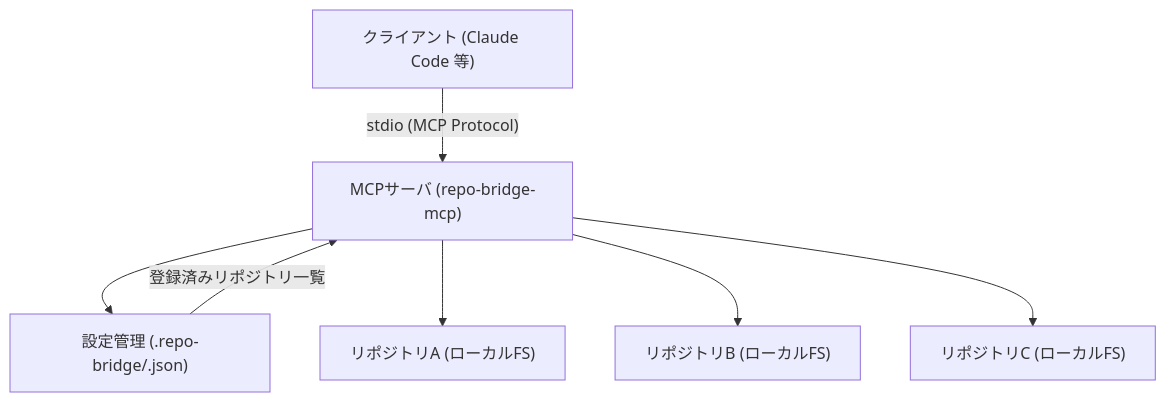
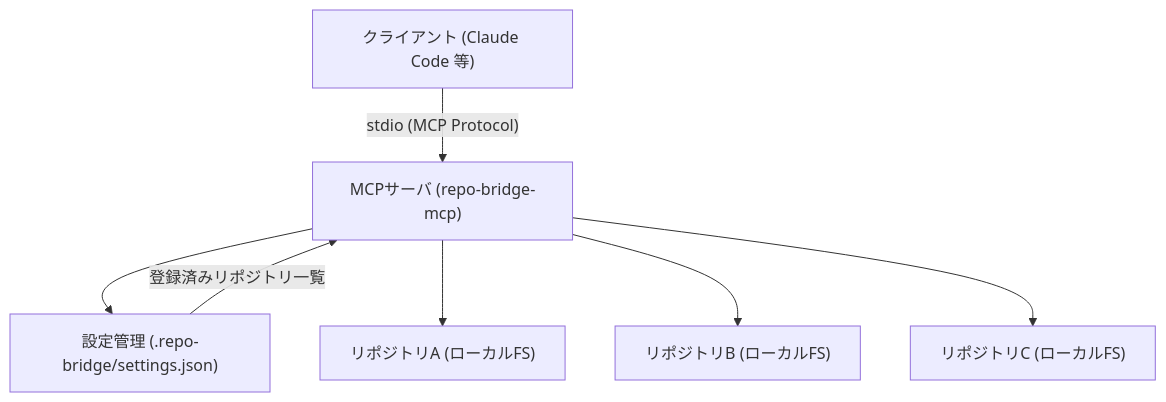
The first of 2 diagrams in docs/design.md (HatoriIchigo/repo-bridge-mcp), drawn with Mermaid before and after one commit. The commit also changed other lines of this file and 3 other files, not shown here.

First line of the commit message:
refactor: 設定読み込みを settings.json 単一ファイル方式に変更

````diff
--- a/docs/design.md
+++ b/docs/design.md
@@ -13,16 +13,16 @@
 ```mermaid
 graph TD
   Client["クライアント (Claude Code 等)"]
   MCP["MCPサーバ (repo-bridge-mcp)"]
-  Config["設定管理 (.repo-bridge/<repo-id>.json)"]
+  Config["設定管理 (.repo-bridge/settings.json)"]
   Repo1["リポジトリA (ローカルFS)"]
   Repo2["リポジトリB (ローカルFS)"]
   Repo3["リポジトリC (ローカルFS)"]
 
   Client -->|"stdio (MCP Protocol)"| MCP
   MCP --> Config
   Config -->|"登録済みリポジトリ一覧"| MCP
   MCP --> Repo1
   MCP --> Repo2
   MCP --> Repo3
 ```
````
